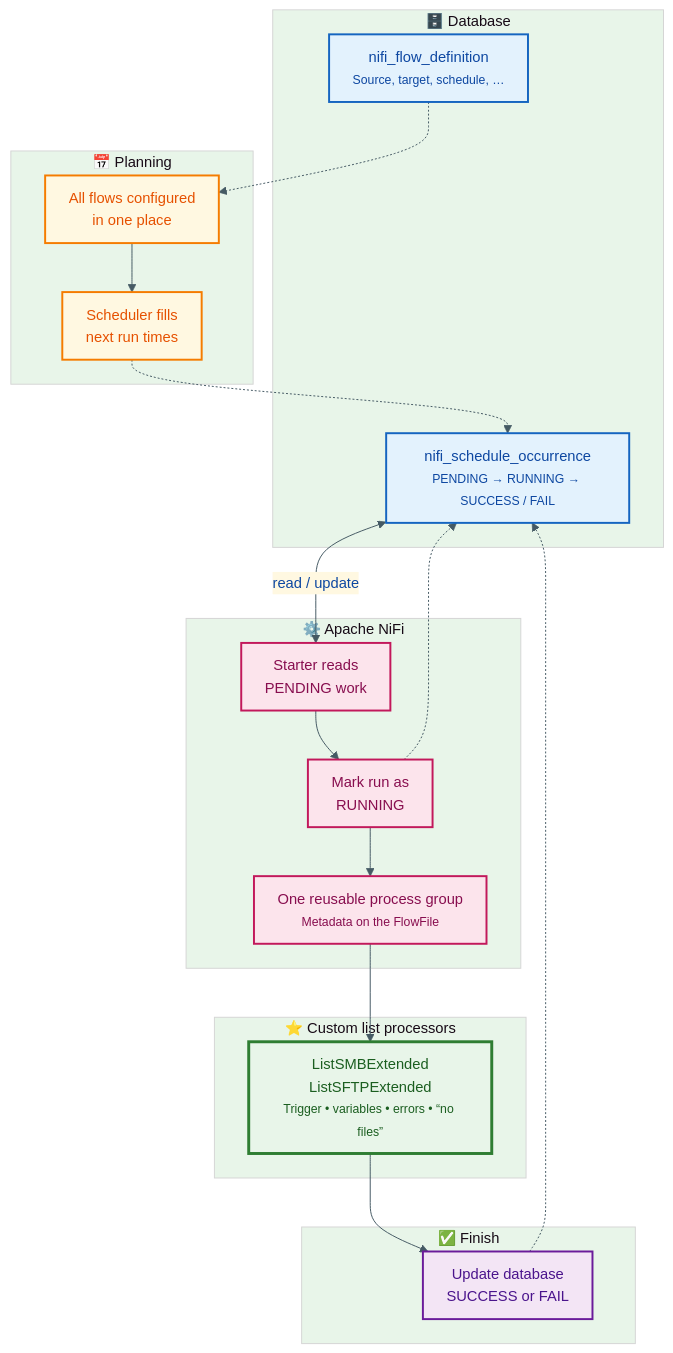
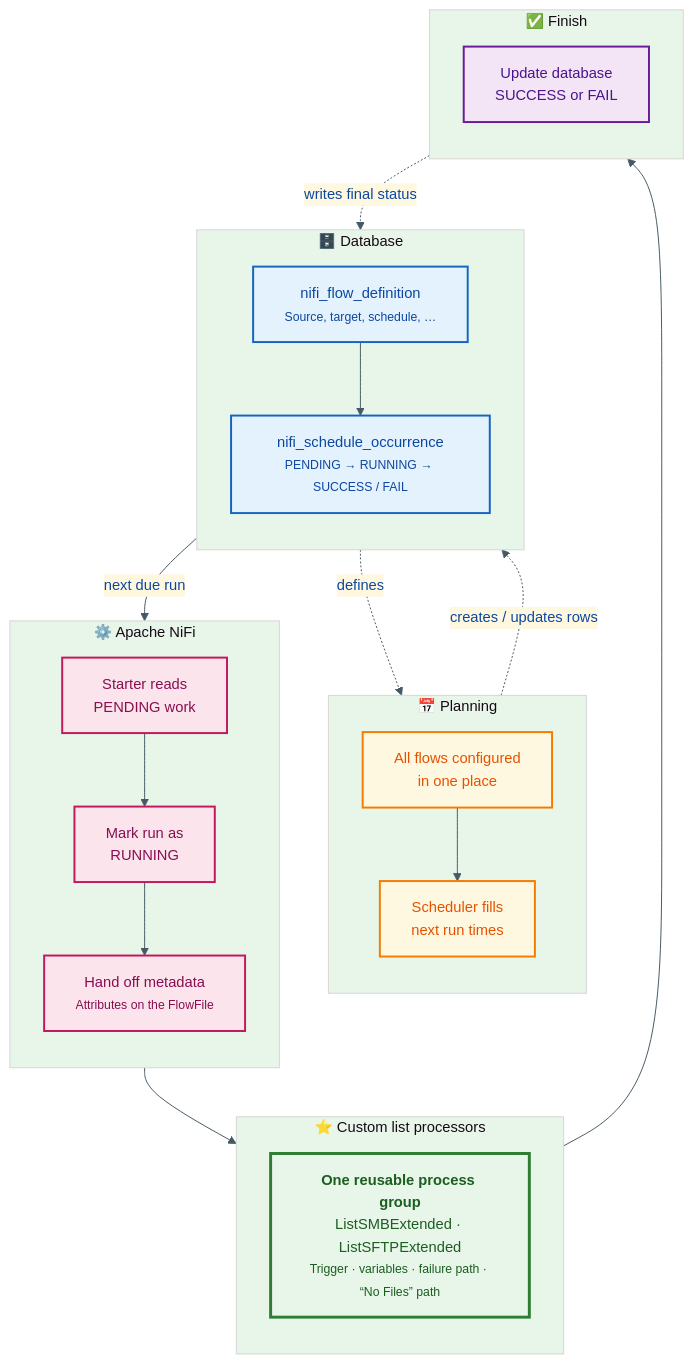
Before and after one commit to wesolor1/nifi-custom-processors: the diagram in docs/batch-processing-flow-visual.md, drawn with Mermaid. The commit also changed other lines of this file, not shown here.

````diff
--- a/docs/batch-processing-flow-visual.md
+++ b/docs/batch-processing-flow-visual.md
@@ -25,62 +31,67 @@
 ```mermaid
 %%{init: {
   "theme": "base",
   "themeVariables": {
     "fontFamily": "Segoe UI, system-ui, sans-serif",
     "fontSize": "15px",
     "primaryColor": "#e3f2fd",
     "primaryTextColor": "#0d47a1",
     "primaryBorderColor": "#1565c0",
     "lineColor": "#455a64",
     "secondaryColor": "#fff8e1",
     "tertiaryColor": "#e8f5e9"
   },
-  "flowchart": { "htmlLabels": true, "curve": "basis", "padding": 12 }
+  "flowchart": { "htmlLabels": true, "curve": "basis", "padding": 16 }
 }}%%
 flowchart TB
   subgraph DB[" 🗄️ Database "]
+    direction TB
     T1["nifi_flow_definition<br/><small>Source, target, schedule, …</small>"]
     T2["nifi_schedule_occurrence<br/><small>PENDING → RUNNING → SUCCESS / FAIL</small>"]
+    T1 --> T2
   end
 
   subgraph PLAN[" 📅 Planning "]
+    direction TB
     A["All flows configured<br/>in one place"]
     B["Scheduler fills<br/>next run times"]
     A --> B
   end
 
   subgraph NIFI[" ⚙️ Apache NiFi "]
+    direction TB
     C["Starter reads<br/>PENDING work"]
     D["Mark run as<br/>RUNNING"]
-    E["One reusable process group<br/><small>Metadata on the FlowFile</small>"]
+    E["Hand off metadata<br/><small>Attributes on the FlowFile</small>"]
     C --> D --> E
   end
 
   subgraph CUSTOM[" ⭐ Custom list processors "]
-    F["ListSMBExtended<br/>ListSFTPExtended<br/><small>Trigger • variables • errors • “no files”</small>"]
+    direction TB
+    F["<b>One reusable process group</b><br/>ListSMBExtended · ListSFTPExtended<br/><small>Trigger · variables · failure path · “No Files” path</small>"]
   end
 
   subgraph CLOSE[" ✅ Finish "]
+    direction TB
     G["Update database<br/>SUCCESS or FAIL"]
   end
 
-  T1 -.-> A
-  B -.-> T2
-  T2 <-->|read / update| C
-  D -.-> T2
+  T1 -.->|defines| A
+  B -.->|creates / updates rows| T2
+  T2 -->|next due run| C
   E --> F
   F --> G
-  G -.-> T2
+  G -.->|writes final status| T2
 
   classDef db fill:#e3f2fd,stroke:#1565c0,stroke-width:2px,color:#0d47a1
   classDef plan fill:#fff8e1,stroke:#f57c00,stroke-width:2px,color:#e65100
   classDef nifi fill:#fce4ec,stroke:#c2185b,stroke-width:2px,color:#880e4f
   classDef star fill:#e8f5e9,stroke:#2e7d32,stroke-width:3px,color:#1b5e20
   classDef done fill:#f3e5f5,stroke:#6a1b9a,stroke-width:2px,color:#4a148c
 
   class T1,T2 db
   class A,B plan
   class C,D,E nifi
   class F star
   class G done
 ```
````
